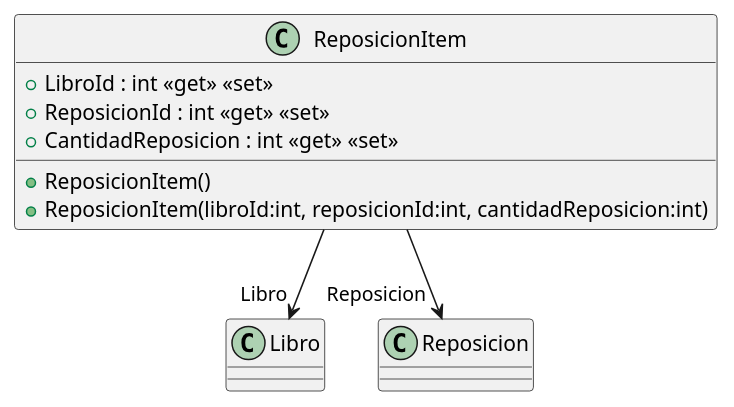
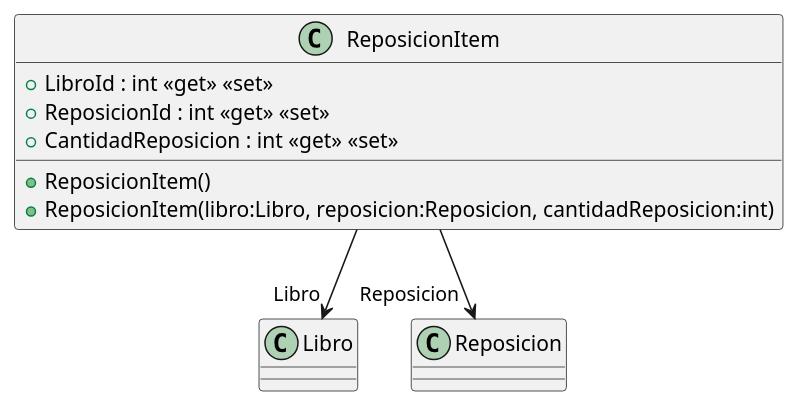
Before and after one commit to ISII2627DDNProject/ISII2627DDNProject: the diagram in src/AppForSEII.API/ClassDiagram/ReposicionItem.puml, drawn with PlantUML. The commit also changed 1 other file, not shown here.

Commit message:
Ajuste en el constructor de la clase ReposicionItems

```diff
--- a/src/AppForSEII.API/ClassDiagram/ReposicionItem.puml
+++ b/src/AppForSEII.API/ClassDiagram/ReposicionItem.puml
@@ -1,11 +1,11 @@
 @startuml
 class ReposicionItem {
     + ReposicionItem()
-    + ReposicionItem(libroId:int, reposicionId:int, cantidadReposicion:int)
+    + ReposicionItem(libro:Libro, reposicion:Reposicion, cantidadReposicion:int)
     + LibroId : int <<get>> <<set>>
     + ReposicionId : int <<get>> <<set>>
     + CantidadReposicion : int <<get>> <<set>>
 }
 ReposicionItem --> "Libro" Libro
 ReposicionItem --> "Reposicion" Reposicion
 @enduml
```
